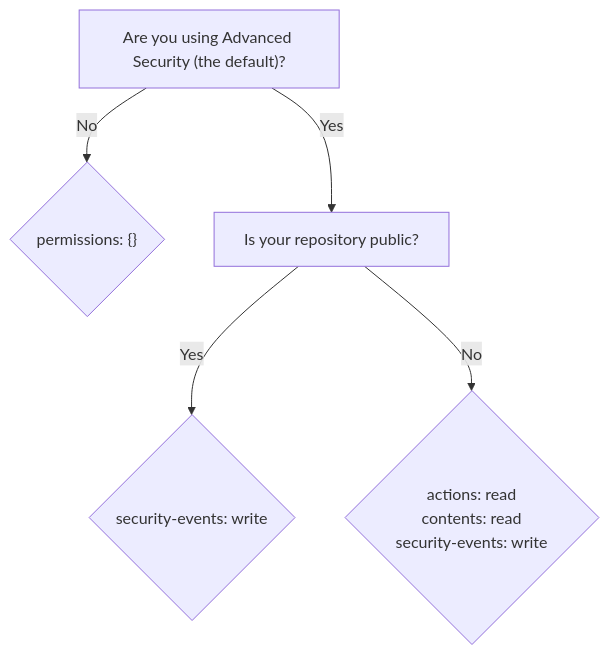
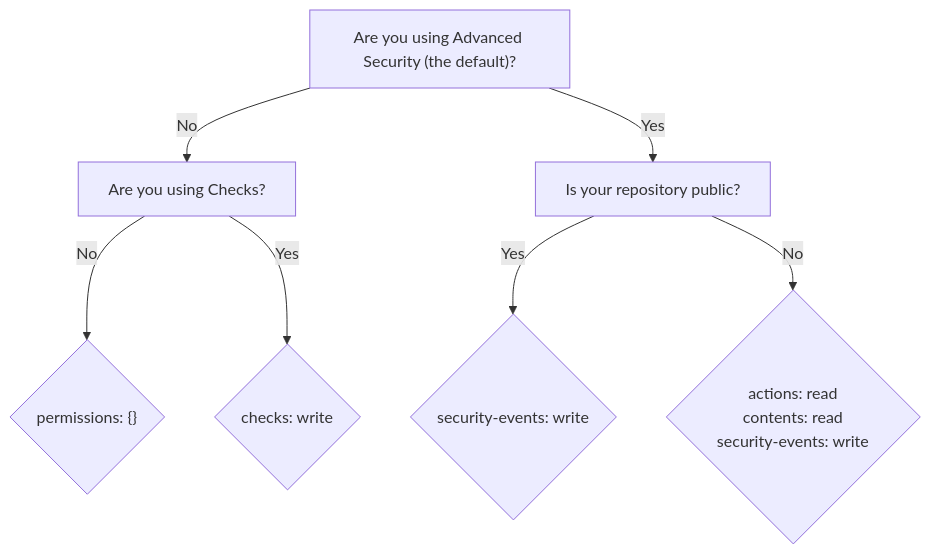
Before and after one commit to zizmorcore/zizmor-action: the diagram in README.md, drawn with Mermaid. The commit also changed other lines of this file and 4 other files, not shown here.

````diff
--- a/README.md
+++ b/README.md
@@ -324,9 +361,11 @@
 ```mermaid
 graph TD
-  A["Are you using Advanced Security (the default)?"] -->|No| B@{ shape: diamond, label: "permissions: {}"}
+  A["Are you using Advanced Security (the default)?"] -->|No| F[Are you using Checks?]
+  F -->|No| B@{ shape: diamond, label: "permissions: {}"}
+  F -->|Yes| G@{ shape: diamond, label: "checks: write"}
   A -->|Yes| C[Is your repository public?]
   C -->|Yes| D@{ shape: diamond, label: "security-events: write"}
   C -->|No| E@{shape: diamond, label: "actions: read
 contents: read
 security-events: write"}
 ```
````
